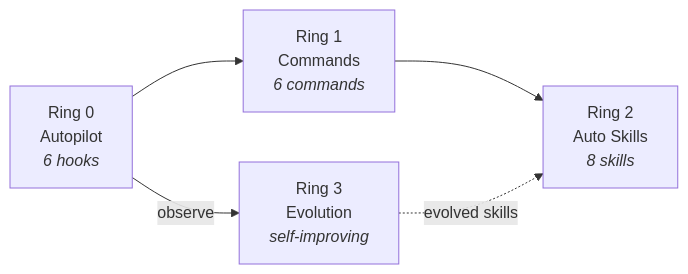
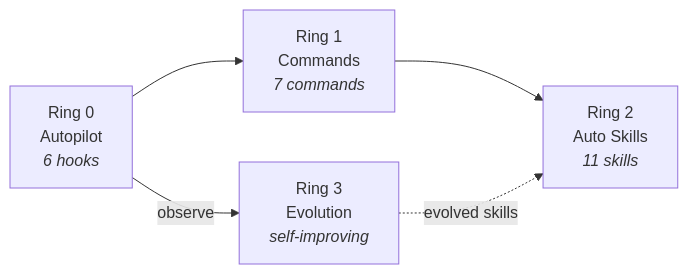
Before and after one commit to epicsagas/epic-harness: the first of 2 diagrams in ARCHITECTURE.md, drawn with Mermaid. The commit also changed other lines of this file and 21 other files, not shown here.

````diff
--- a/ARCHITECTURE.md
+++ b/ARCHITECTURE.md
@@ -18,7 +18,7 @@
 ```mermaid
 graph LR
-    R0["Ring 0<br/>Autopilot<br/><i>6 hooks</i>"] --> R1["Ring 1<br/>Commands<br/><i>6 commands</i>"]
-    R1 --> R2["Ring 2<br/>Auto Skills<br/><i>8 skills</i>"]
+    R0["Ring 0<br/>Autopilot<br/><i>6 hooks</i>"] --> R1["Ring 1<br/>Commands<br/><i>7 commands</i>"]
+    R1 --> R2["Ring 2<br/>Auto Skills<br/><i>11 skills</i>"]
     R0 -->|observe| R3["Ring 3<br/>Evolution<br/><i>self-improving</i>"]
     R3 -.->|evolved skills| R2
 ```
````
